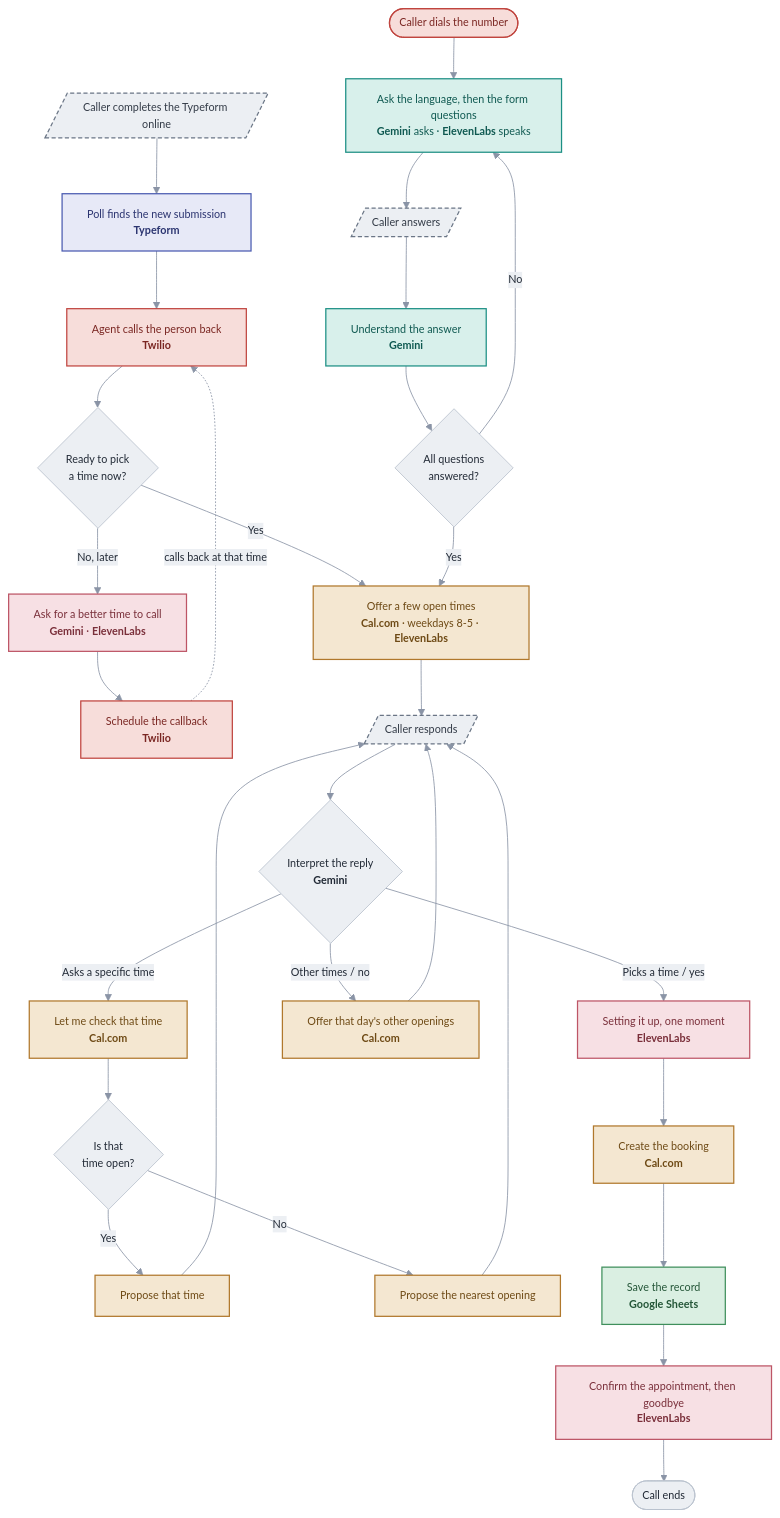
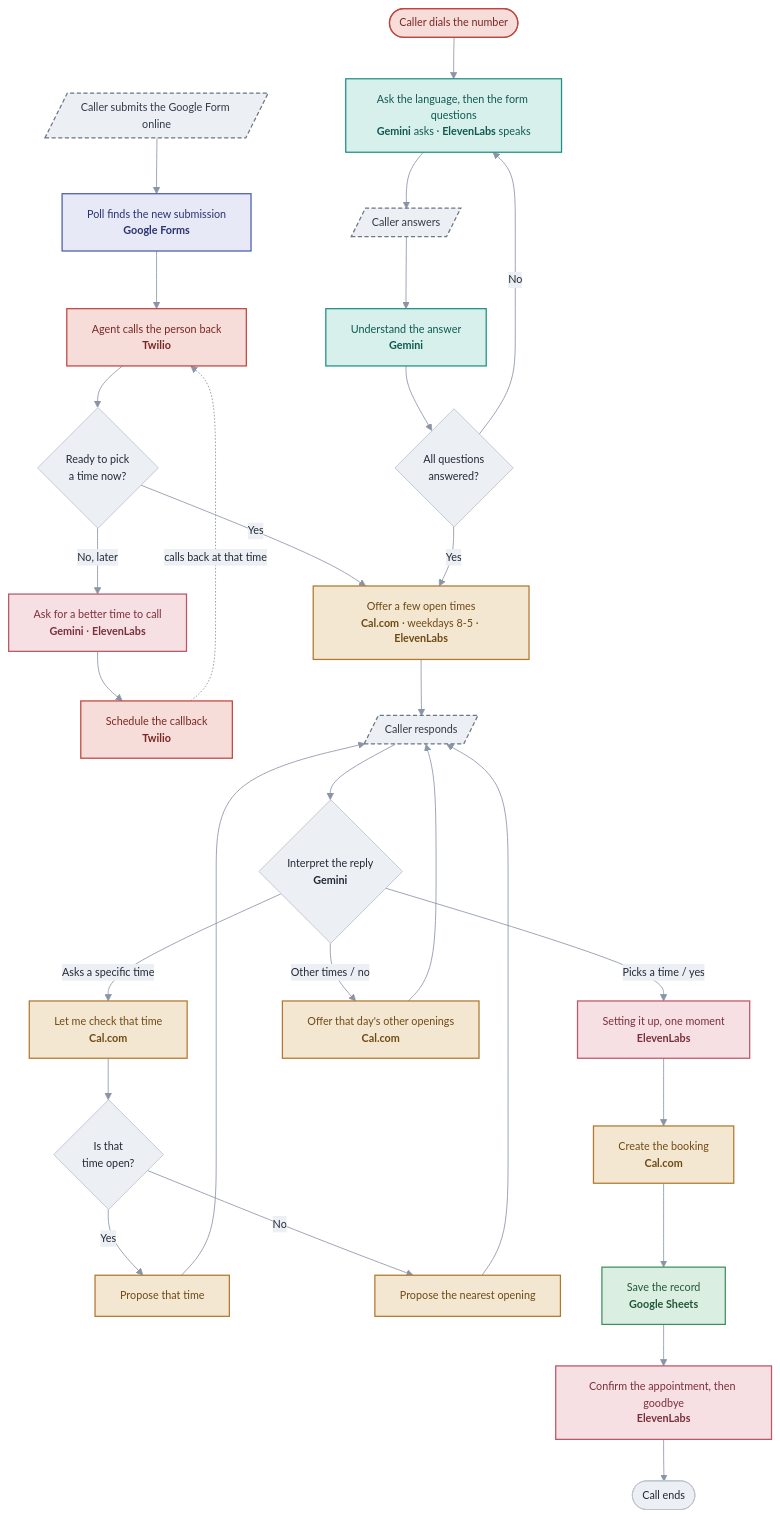
The diagram in docs/flowchart.mmd (tecace-soft/voice-agent), drawn with Mermaid before and after one commit. The commit also changed 6 other files, not shown here.

```diff
--- a/docs/flowchart.mmd
+++ b/docs/flowchart.mmd
@@ -1,45 +1,45 @@
 %%{init: {'theme':'base','themeVariables':{'fontFamily':'ui-sans-serif, system-ui, sans-serif','fontSize':'13px','lineColor':'#8a94a6','primaryColor':'#eceff3','primaryTextColor':'#222a36','primaryBorderColor':'#b9c2ce','edgeLabelBackground':'#eceff3'}}}%%
 flowchart TD
     %% ---- entry 1: outbound, triggered by a form submission ----
-    Form[/"Caller completes the Typeform online"/]:::caller --> Poll["Poll finds the new submission<br/><b>Typeform</b>"]:::typeform
+    Form[/"Caller submits the Google Form online"/]:::caller --> Poll["Poll finds the new submission<br/><b>Google Forms</b>"]:::forms
     Poll --> Call["Agent calls the person back<br/><b>Twilio</b>"]:::twilio
     Call --> Ready{"Ready to pick<br/>a time now?"}
     Ready -->|No, later| CB["Ask for a better time to call<br/><b>Gemini</b> · <b>ElevenLabs</b>"]:::voice
     CB --> Queue["Schedule the callback<br/><b>Twilio</b>"]:::twilio
     Queue -. calls back at that time .-> Call
     Ready -->|Yes| Offer
 
     %% ---- entry 2: inbound, caller dials in ----
     Dial(["Caller dials the number"]):::twilio --> Ask["Ask the language, then the form questions<br/><b>Gemini</b> asks · <b>ElevenLabs</b> speaks"]:::gemini
     Ask --> Say[/"Caller answers"/]:::caller
     Say --> Understand["Understand the answer<br/><b>Gemini</b>"]:::gemini
     Understand --> Done{"All questions<br/>answered?"}
     Done -->|No| Ask
     Done -->|Yes| Offer
 
     %% ---- scheduling: offer, then interpret the reply ----
-    Offer["Offer a few open times<br/><b>Cal.com</b> · weekdays 8-5 · <b>ElevenLabs</b>"]:::cal --> Resp[/"Caller responds"/]:::caller
+    Offer["Offer a few open times<br/><b>Cal.com</b> · weekdays 8-5 · <b>ElevenLabs</b>"]:::cal --> Resp[/Caller responds/]:::caller
     Resp --> Intent{"Interpret the reply<br/><b>Gemini</b>"}
     Intent -->|Picks a time / yes| Ack
     Intent -->|Asks a specific time| Check["Let me check that time<br/><b>Cal.com</b>"]:::cal
     Intent -->|Other times / no| Others["Offer that day's other openings<br/><b>Cal.com</b>"]:::cal
     Others --> Resp
     Check --> Free{"Is that<br/>time open?"}
     Free -->|Yes| Prop["Propose that time"]:::cal
     Free -->|No| Near["Propose the nearest opening"]:::cal
     Prop --> Resp
     Near --> Resp
 
     %% ---- booking: acknowledge, then do the slow work, then confirm ----
     Ack["Setting it up, one moment<br/><b>ElevenLabs</b>"]:::voice --> Book["Create the booking<br/><b>Cal.com</b>"]:::cal
     Book --> Save["Save the record<br/><b>Google Sheets</b>"]:::sheets
     Save --> Confirm["Confirm the appointment, then goodbye<br/><b>ElevenLabs</b>"]:::voice
     Confirm --> End(["Call ends"])
 
-    classDef typeform fill:#e7e9f7,stroke:#4a5bb0,color:#2b3470,stroke-width:1.5px;
+    classDef forms fill:#e7e9f7,stroke:#4a5bb0,color:#2b3470,stroke-width:1.5px;
     classDef gemini fill:#d8f0eb,stroke:#1c8f84,color:#0f5951,stroke-width:1.5px;
     classDef voice fill:#f7e0e4,stroke:#bd5566,color:#7a2f3a,stroke-width:1.5px;
     classDef cal fill:#f4e7d1,stroke:#b0782c,color:#6e4a15,stroke-width:1.5px;
     classDef sheets fill:#daefe2,stroke:#3f8f5c,color:#245638,stroke-width:1.5px;
     classDef twilio fill:#f7ddda,stroke:#c0453f,color:#7a2622,stroke-width:1.5px;
     classDef caller fill:#eceff3,stroke:#6b7686,color:#333b47,stroke-width:1.5px,stroke-dasharray:5 3;
```
